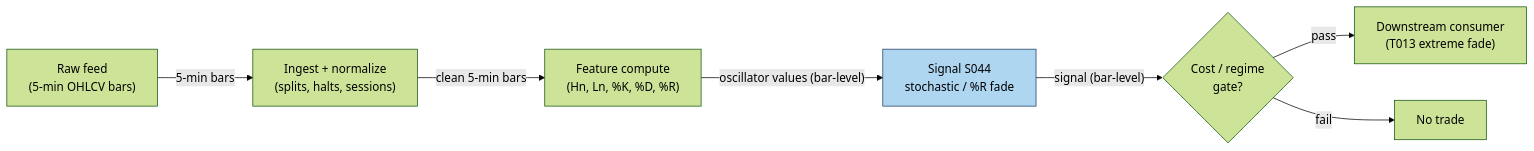
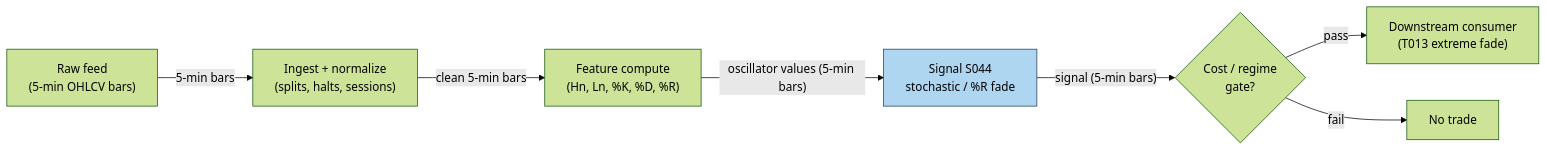
The diagram in batches/SB5/S044.md (praveenguptahcl/quant-signals-deep), drawn with Mermaid (forest theme) before and after one commit. The commit also changed other lines of this file and 49 other files, not shown here.

````diff
--- a/batches/SB5/S044.md
+++ b/batches/SB5/S044.md
@@ -169,10 +169,10 @@
 ```mermaid
 flowchart LR
     FEED["Raw feed<br/>(5-min OHLCV bars)"] -->|"5-min bars"| ING["Ingest + normalize<br/>(splits, halts, sessions)"]
     ING -->|"clean 5-min bars"| FEAT["Feature compute<br/>(Hn, Ln, %K, %D, %R)"]
-    FEAT -->|"oscillator values (bar-level)"| SIG["Signal S044<br/>stochastic / %R fade"]
-    SIG -->|"signal (bar-level)"| GATE{"Cost / regime<br/>gate?"}
+    FEAT -->|"oscillator values (5-min bars)"| SIG["Signal S044<br/>stochastic / %R fade"]
+    SIG -->|"signal (5-min bars)"| GATE{"Cost / regime<br/>gate?"}
     GATE -->|pass| OUT["Downstream consumer<br/>(T013 extreme fade)"]
     GATE -->|fail| DROP["No trade"]
     style SIG fill:#aed6f1,stroke:#1f3a5f
 ```
````
